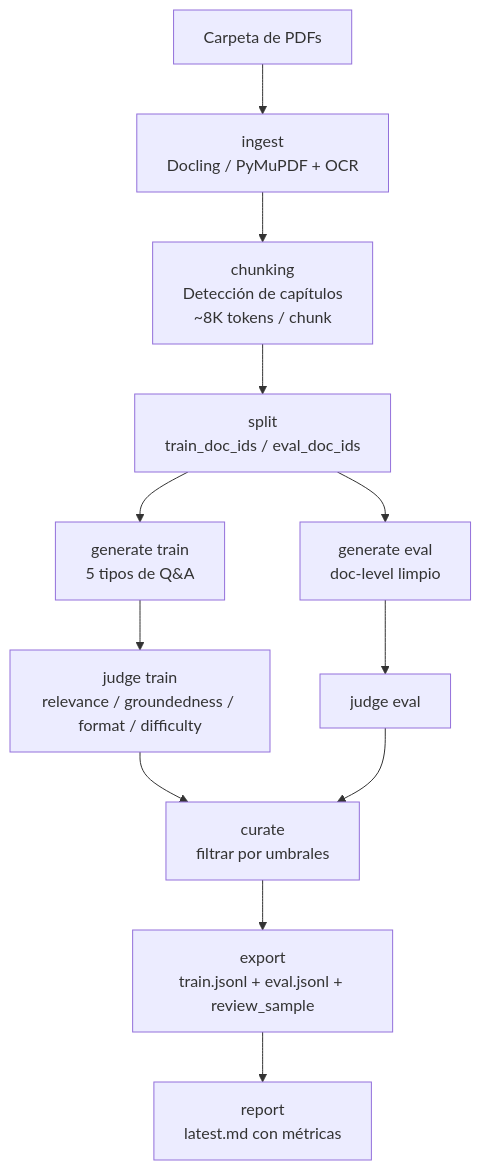
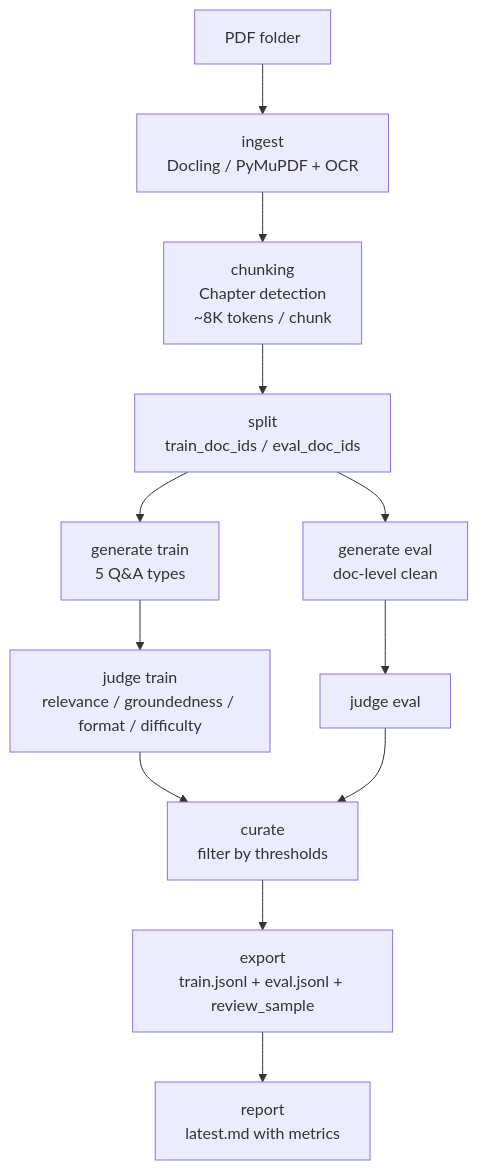
The diagram in README.md (MauroProto/sintetic), drawn with Mermaid before and after one commit. The commit also changed other lines of this file, not shown here.

````diff
--- a/README.md
+++ b/README.md
@@ -214,14 +214,14 @@
 ```mermaid
 flowchart TD
-    A[Carpeta de PDFs] --> B[ingest<br/>Docling / PyMuPDF + OCR]
-    B --> C[chunking<br/>Detección de capítulos<br/>~8K tokens / chunk]
+    A[PDF folder] --> B[ingest<br/>Docling / PyMuPDF + OCR]
+    B --> C[chunking<br/>Chapter detection<br/>~8K tokens / chunk]
     C --> D[split<br/>train_doc_ids / eval_doc_ids]
-    D --> E[generate train<br/>5 tipos de Q&A]
-    D --> F[generate eval<br/>doc-level limpio]
+    D --> E[generate train<br/>5 Q&A types]
+    D --> F[generate eval<br/>doc-level clean]
     E --> G[judge train<br/>relevance / groundedness / format / difficulty]
     F --> H[judge eval]
-    G --> I[curate<br/>filtrar por umbrales]
+    G --> I[curate<br/>filter by thresholds]
     H --> I
     I --> J[export<br/>train.jsonl + eval.jsonl + review_sample]
-    J --> K[report<br/>latest.md con métricas]
+    J --> K[report<br/>latest.md with metrics]
 ```
````
